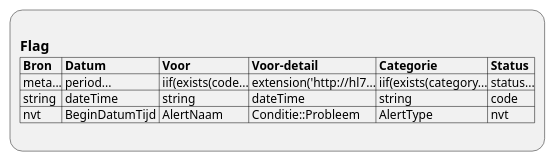
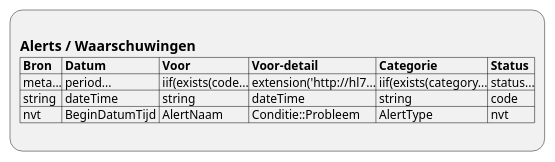
Before and after one commit to RIVO-Noord/zorgviewer-ig: the diagram in input/images-source/ViewDefinition-Flag.plantuml, drawn with PlantUML. The commit also changed 18 other files, not shown here.

```diff
--- a/input/images-source/ViewDefinition-Flag.plantuml
+++ b/input/images-source/ViewDefinition-Flag.plantuml
@@ -1,9 +1,9 @@
 @startuml ViewDefinition-Flag
 :
-== Flag
+== Alerts / Waarschuwingen
 |= Bron |= Datum |= Voor |= Voor-detail |= Categorie |= Status |
 | meta...| period...| iif(exists(code...| extension('http://hl7...| iif(exists(category...| status...|
 | string | dateTime | string | dateTime | string | code |
 | nvt | BeginDatumTijd | AlertNaam | Conditie::Probleem | AlertType | nvt |
 ;
 @enduml
```
